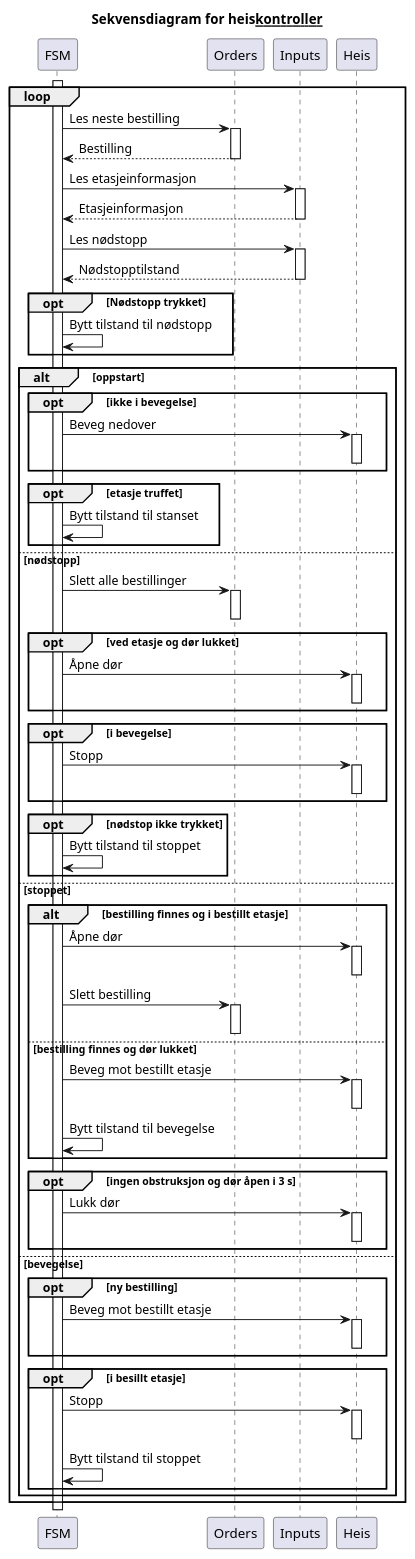
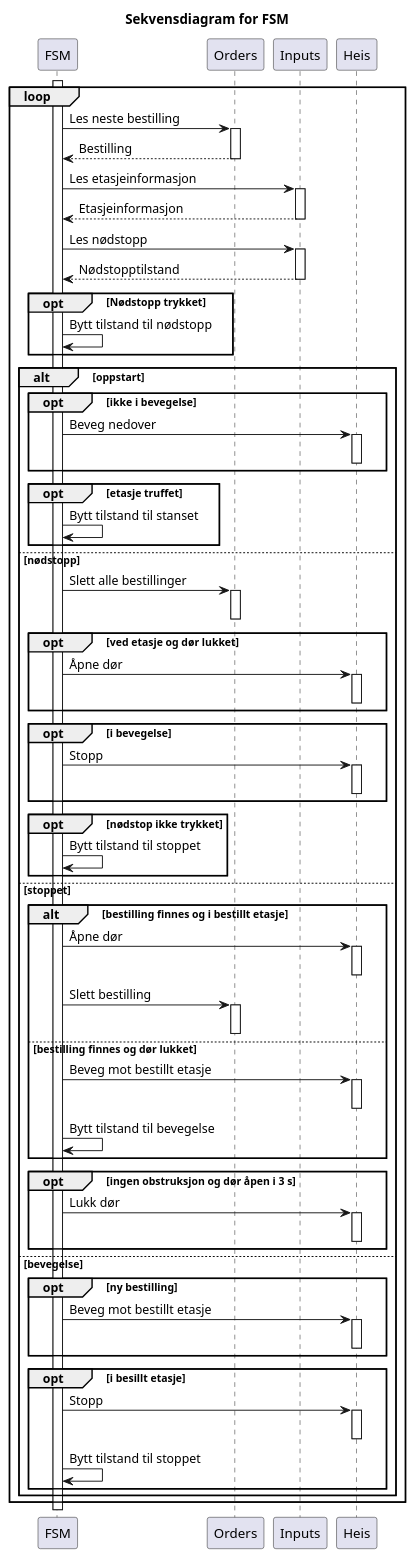
Before and after one commit to Paulijuz/heisinator: the diagram in docs/sequence_diagrams/fsm_sekvensdiagram.puml, drawn with PlantUML. The commit also changed 14 other files, not shown here.

Commit message:
docs: more diagrams!

```diff
--- a/docs/sequence_diagrams/fsm_sekvensdiagram.puml
+++ b/docs/sequence_diagrams/fsm_sekvensdiagram.puml
@@ -1,100 +1,100 @@
 @startuml fsm_sekvensdiagram
-title "Sekvensdiagram for heis__kontroller__"
+title "Sekvensdiagram for FSM"
 
 activate FSM
 
 loop
     FSM -> Orders: Les neste bestilling
     activate Orders
     FSM <-- Orders: Bestilling
     deactivate Orders
 
     FSM -> Inputs: Les etasjeinformasjon
     activate Inputs
     FSM <-- Inputs: Etasjeinformasjon
     deactivate Inputs
 
     FSM -> Inputs: Les nødstopp
     activate Inputs
     FSM <-- Inputs: Nødstopptilstand
     deactivate Inputs
 
     opt Nødstopp trykket
         FSM -> FSM: Bytt tilstand til nødstopp
     end
 
     alt oppstart
 
         opt ikke i bevegelse
             FSM -> Heis: Beveg nedover
             activate Heis
             deactivate Heis
         end
 
         opt etasje truffet
             FSM -> FSM: Bytt tilstand til stanset
         end
     else nødstopp
 
         FSM -> Orders: Slett alle bestillinger
         activate Orders
         deactivate Orders
 
         opt ved etasje og dør lukket
             FSM -> Heis: Åpne dør
             activate Heis
             deactivate Heis
         end
         
         opt i bevegelse
             FSM -> Heis: Stopp
             activate Heis
             deactivate Heis
         end
         
         opt nødstop ikke trykket
             FSM -> FSM: Bytt tilstand til stoppet
         end
 
     else stoppet
 
         alt bestilling finnes og i bestillt etasje
             FSM -> Heis: Åpne dør
             activate Heis
             deactivate Heis
             FSM -> Orders: Slett bestilling
             activate Orders
             deactivate Orders
         else bestilling finnes og dør lukket
             FSM -> Heis: Beveg mot bestillt etasje
             activate Heis
             deactivate Heis
             FSM -> FSM: Bytt tilstand til bevegelse
         end
 
         opt ingen obstruksjon og dør åpen i 3 s
             FSM -> Heis: Lukk dør 
             activate Heis
             deactivate Heis
         end
 
     else bevegelse
 
         opt ny bestilling
             FSM -> Heis: Beveg mot bestillt etasje
             activate Heis
             deactivate Heis
         end
 
         opt i besillt etasje
             FSM -> Heis: Stopp
             activate Heis
             deactivate Heis
             FSM -> FSM: Bytt tilstand til stoppet
         end
 
     end
 
 end
 
 @enduml
```
